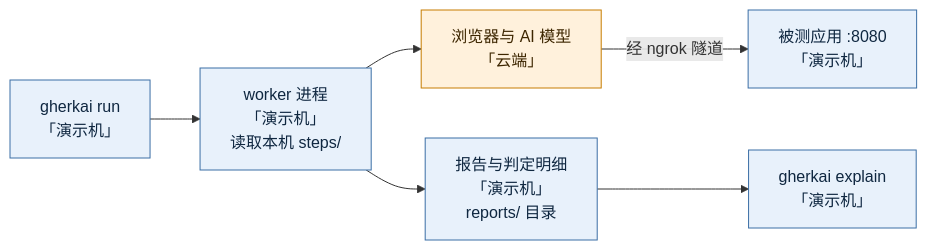
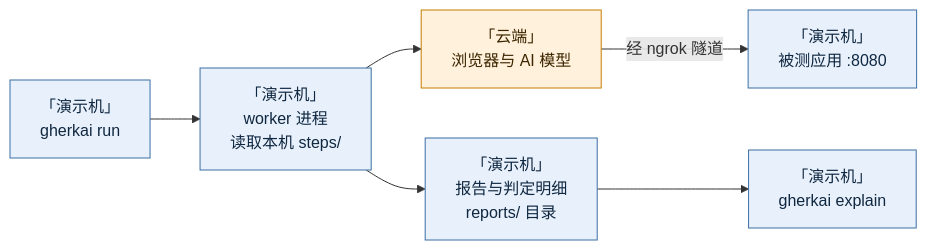
One commit to zhiyanliu/gherkai-webapp-demo changed the second of 3 diagrams in docs/demo-runbook.md. Above: the diagram before and after it, drawn with Mermaid. The commit also changed other lines of this file, not shown here.

Commit message:
runbook 环境图：位置标签挪到每个节点的第一行

````diff
--- a/docs/demo-runbook.md
+++ b/docs/demo-runbook.md
@@ -68,9 +68,9 @@
 ```mermaid
 flowchart LR
-    CLI["gherkai run<br/>「演示机」"] --> WK["worker 进程<br/>「演示机」<br/>读取本机 steps/"] --> BR["浏览器与 AI 模型<br/>「云端」"] -- "经 ngrok 隧道" --> APP["被测应用 :8080<br/>「演示机」"]
-    WK --> REP["报告与判定明细<br/>「演示机」<br/>reports/ 目录"] --> RD["gherkai explain<br/>「演示机」"]
+    CLI["「演示机」<br/>gherkai run"] --> WK["「演示机」<br/>worker 进程<br/>读取本机 steps/"] --> BR["「云端」<br/>浏览器与 AI 模型"] -- "经 ngrok 隧道" --> APP["「演示机」<br/>被测应用 :8080"]
+    WK --> REP["「演示机」<br/>报告与判定明细<br/>reports/ 目录"] --> RD["「演示机」<br/>gherkai explain"]
     classDef local fill:#e8f1fb,stroke:#3b6ea5,color:#0f2740
     classDef cloud fill:#fff1dc,stroke:#c77d00,color:#3d2600
     class CLI,WK,APP,REP,RD local
     class BR cloud
 ```
````
